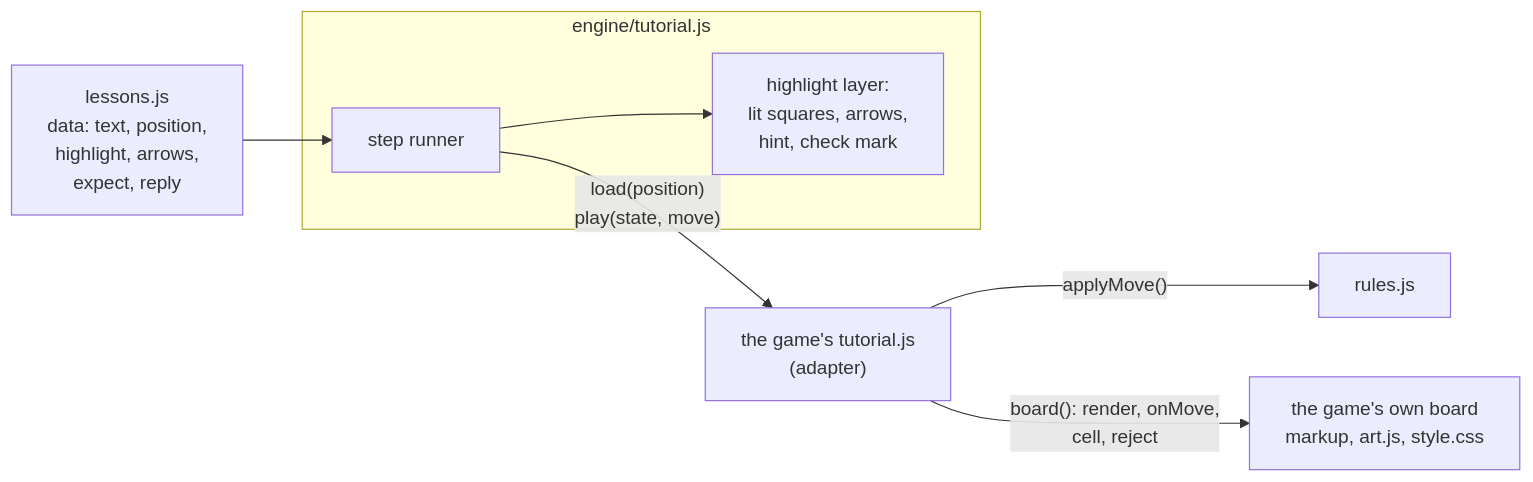
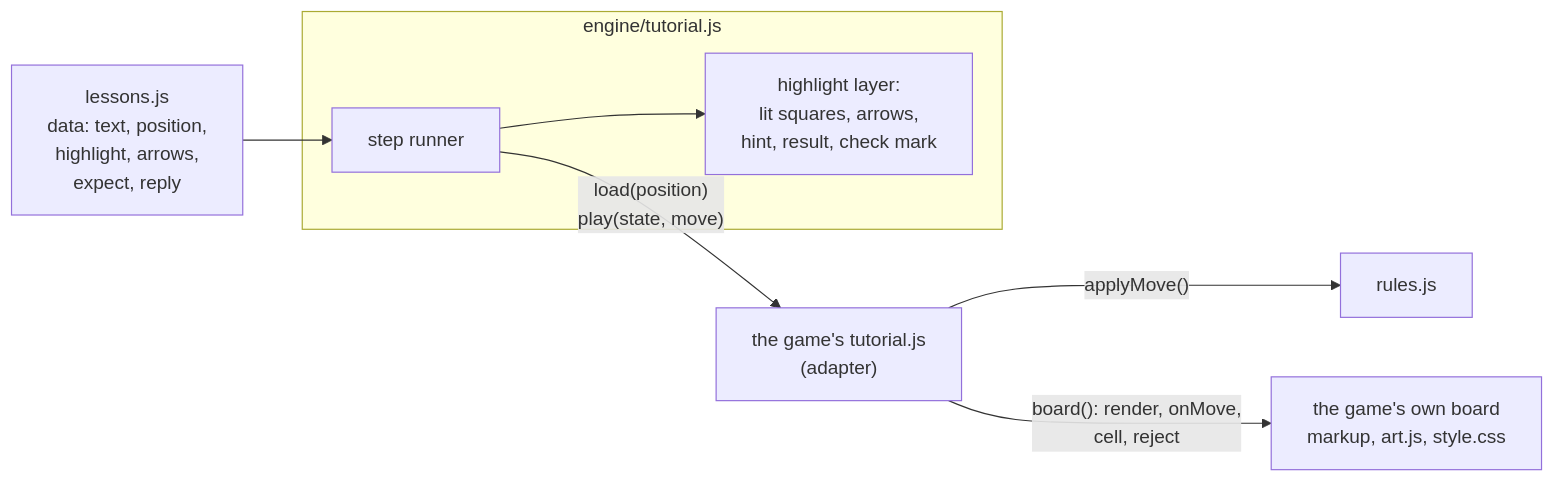
Before and after one commit to faezehyas/dailydoseofplay: the sixth of 6 diagrams in ARCHITECTURE.md, drawn with Mermaid. The commit also changed other lines of this file and 25 other files, not shown here.

````diff
--- a/ARCHITECTURE.md
+++ b/ARCHITECTURE.md
@@ -1150,10 +1150,10 @@
 ```mermaid
 flowchart LR
   lessons["lessons.js<br>data: text, position,<br>highlight, arrows,<br>expect, reply"] --> runner
   subgraph engine ["engine/tutorial.js"]
-    runner["step runner"] --> layer["highlight layer:<br>lit squares, arrows,<br>hint, check mark"]
+    runner["step runner"] --> layer["highlight layer:<br>lit squares, arrows,<br>hint, result, check mark"]
   end
   runner -- "load(position)<br>play(state, move)" --> adapter
   adapter["the game's tutorial.js<br>(adapter)"] -- "applyMove()" --> rules["rules.js"]
   adapter -- "board(): render, onMove,<br>cell, reject" --> view["the game's own board<br>markup, art.js, style.css"]
 ```
````
